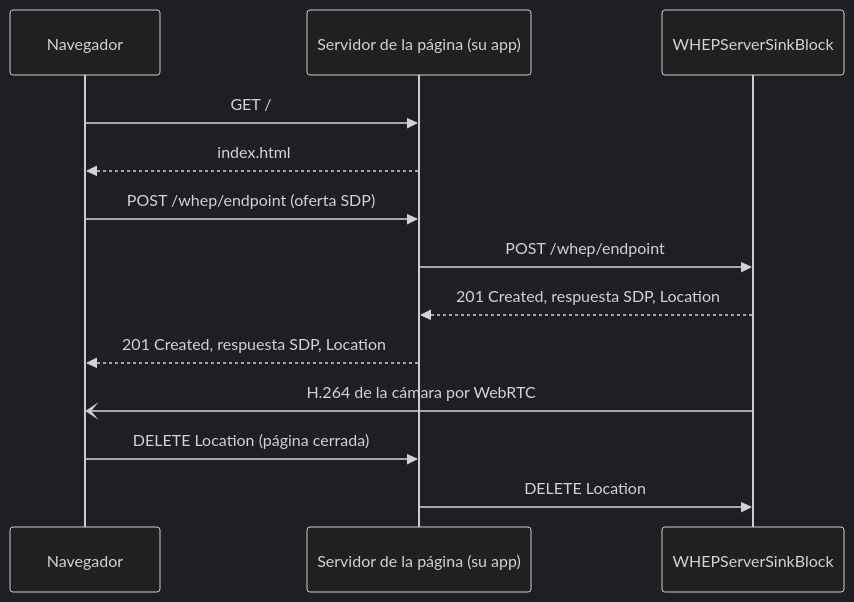
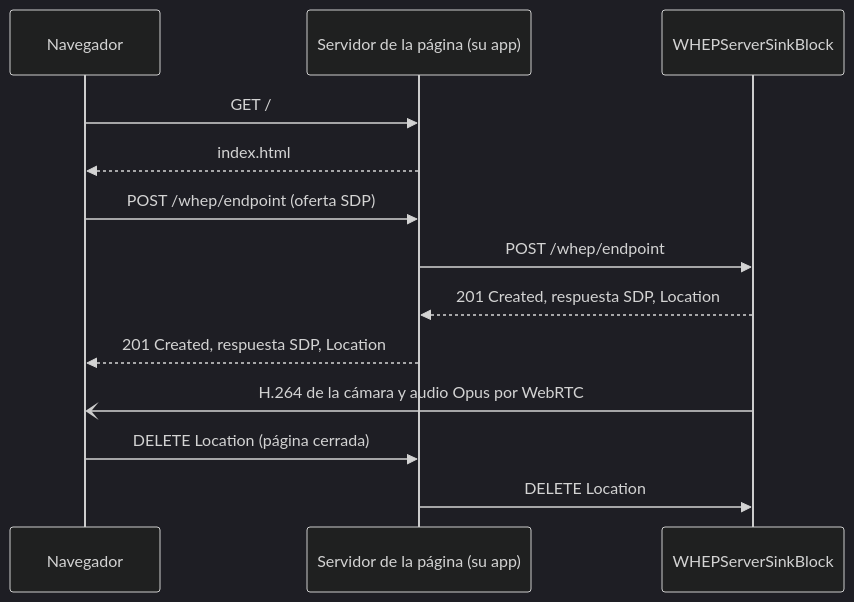
Before and after one commit to visioforge/help: the second of 3 diagrams in dotnet/mediablocks/Guides/rtsp-cameras-in-browser-whep.es.md, drawn with Mermaid (dark theme). The commit also changed other lines of this file and 27 other files, not shown here.

````diff
--- a/dotnet/mediablocks/Guides/rtsp-cameras-in-browser-whep.es.md
+++ b/dotnet/mediablocks/Guides/rtsp-cameras-in-browser-whep.es.md
@@ -97,15 +101,15 @@
 ```mermaid
 sequenceDiagram
     participant Browser as Navegador
     participant Page as Servidor de la página (su app)
     participant WHEPServerSinkBlock
     Browser->>Page: GET /
     Page-->>Browser: index.html
     Browser->>Page: POST /whep/endpoint (oferta SDP)
     Page->>WHEPServerSinkBlock: POST /whep/endpoint
     WHEPServerSinkBlock-->>Page: 201 Created, respuesta SDP, Location
     Page-->>Browser: 201 Created, respuesta SDP, Location
-    WHEPServerSinkBlock-)Browser: H.264 de la cámara por WebRTC
+    WHEPServerSinkBlock-)Browser: H.264 de la cámara y audio Opus por WebRTC
     Browser->>Page: DELETE Location (página cerrada)
     Page->>WHEPServerSinkBlock: DELETE Location
 ```
````
